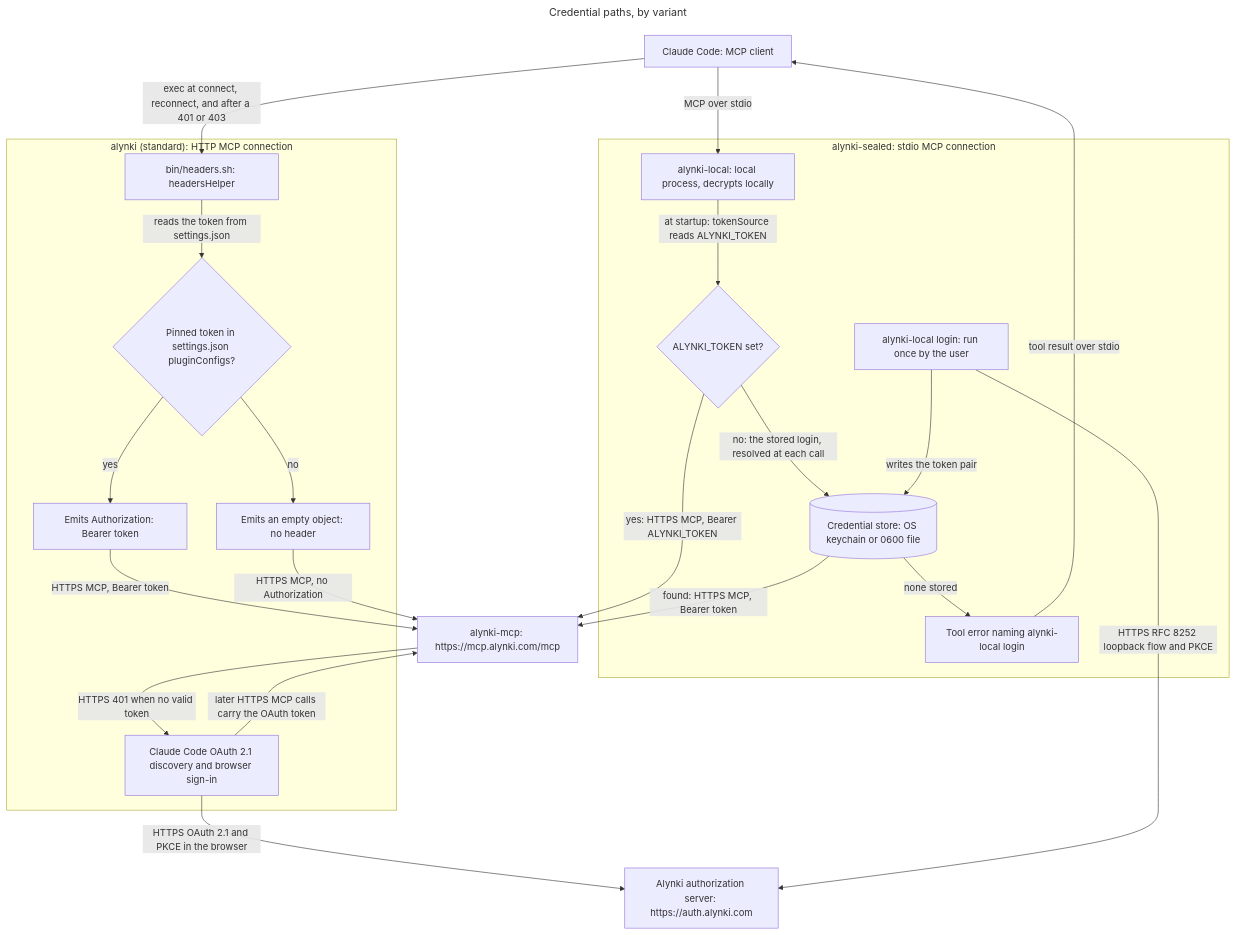
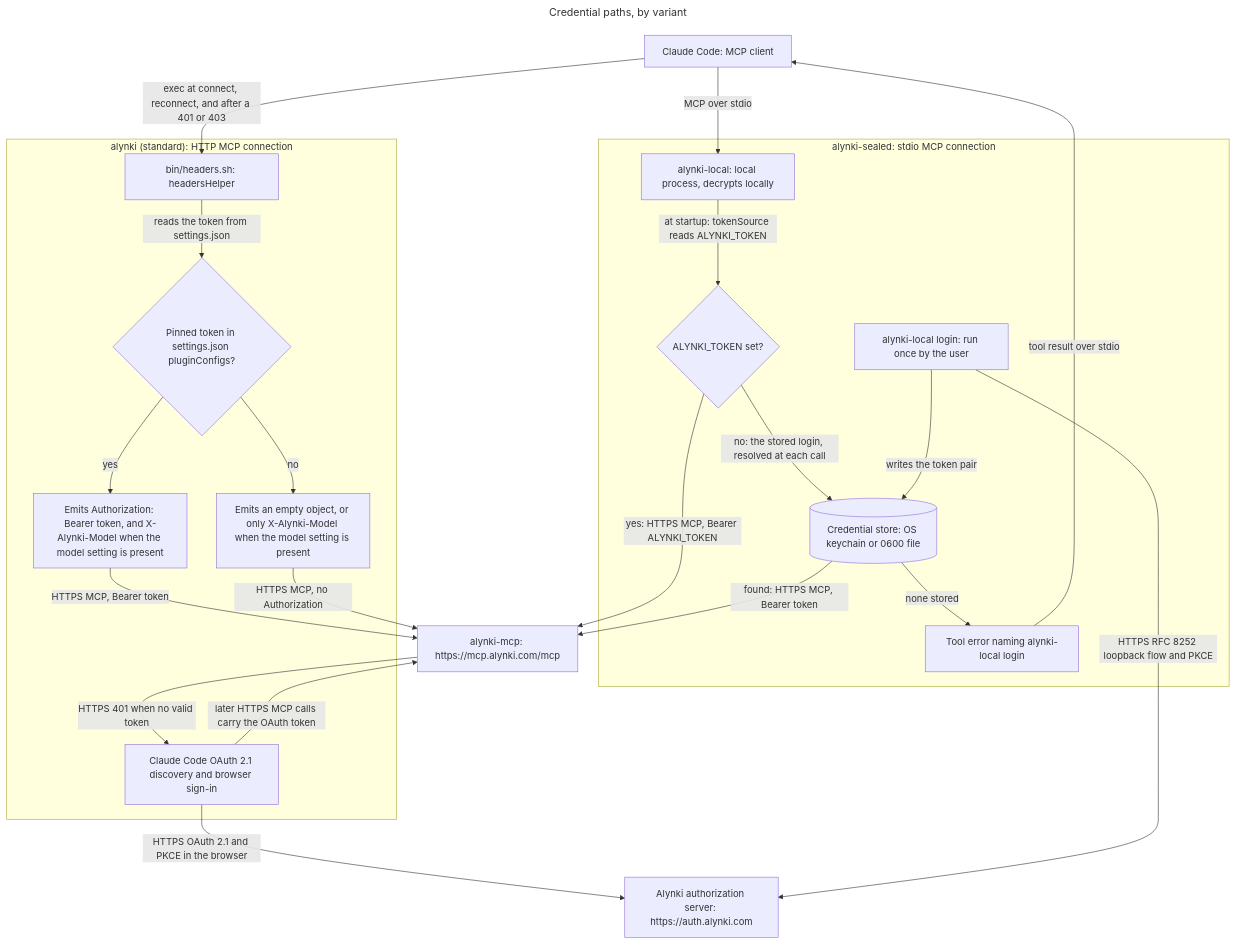
One commit to alynki/plugin changed the first of 4 diagrams in README.md. Above: the diagram before and after it, drawn with Mermaid. The commit also changed other lines of this file and 6 other files, not shown here.

First line of the commit message:
alynki/alynki#1918 Plugin: send the session's model as a second header (#60)

````diff
--- a/README.md
+++ b/README.md
@@ -32,45 +32,45 @@
 ```mermaid
 ---
 title: Credential paths, by variant
 ---
 graph TB
   cc["Claude Code: MCP client"]
   srv["alynki-mcp: https://mcp.alynki.com/mcp"]
   auth["Alynki authorization server: https://auth.alynki.com"]
 
   subgraph std["alynki (standard): HTTP MCP connection"]
     helper["bin/headers.sh: headersHelper"]
     tok{"Pinned token in settings.json pluginConfigs?"}
-    hdr["Emits Authorization: Bearer token"]
-    none["Emits an empty object: no header"]
+    hdr["Emits Authorization: Bearer token, and X-Alynki-Model when the model setting is present"]
+    none["Emits an empty object, or only X-Alynki-Model when the model setting is present"]
     oauth["Claude Code OAuth 2.1 discovery and browser sign-in"]
   end
 
   subgraph sld["alynki-sealed: stdio MCP connection"]
     local["alynki-local: local process, decrypts locally"]
     envtok{"ALYNKI_TOKEN set?"}
     store[("Credential store: OS keychain or 0600 file")]
     login["alynki-local login: run once by the user"]
     err["Tool error naming alynki-local login"]
   end
 
   cc -->|"exec at connect, reconnect, and after a 401 or 403"| helper
   helper -->|"reads the token from settings.json"| tok
   tok -->|"yes"| hdr
   tok -->|"no"| none
   hdr -->|"HTTPS MCP, Bearer token"| srv
   none -->|"HTTPS MCP, no Authorization"| srv
   srv -->|"HTTPS 401 when no valid token"| oauth
   oauth -->|"HTTPS OAuth 2.1 and PKCE in the browser"| auth
   oauth -->|"later HTTPS MCP calls carry the OAuth token"| srv
 
   cc -->|"MCP over stdio"| local
   local -->|"at startup: tokenSource reads ALYNKI_TOKEN"| envtok
   envtok -->|"yes: HTTPS MCP, Bearer ALYNKI_TOKEN"| srv
   envtok -->|"no: the stored login, resolved at each call"| store
   store -->|"found: HTTPS MCP, Bearer token"| srv
   store -->|"none stored"| err
   err -->|"tool result over stdio"| cc
   login -->|"HTTPS RFC 8252 loopback flow and PKCE"| auth
   login -->|"writes the token pair"| store
 ```
````
